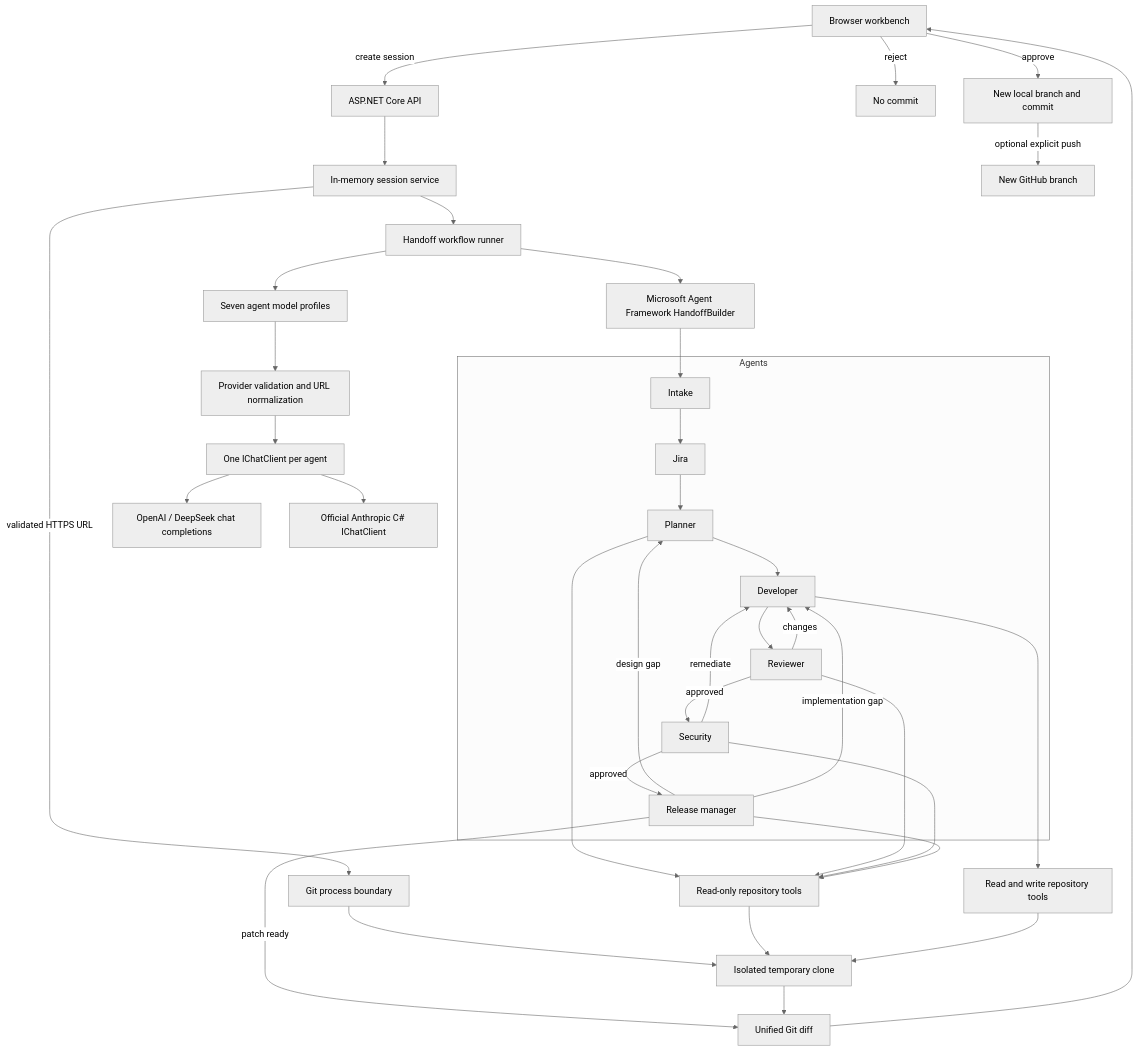
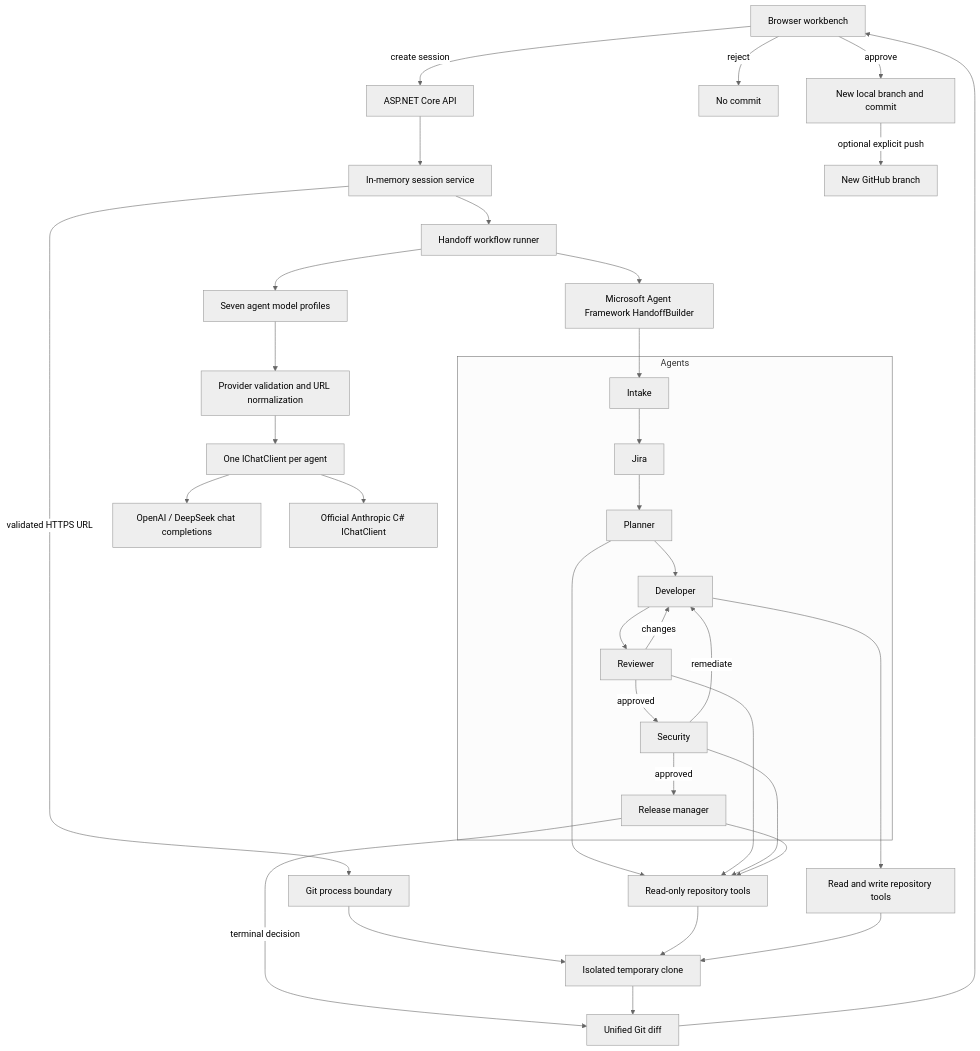
One commit to arash7388/Xbank.DevAgent changed the diagram in CSharp/docs/architecture.md. Above: the diagram before and after it, drawn with Mermaid (neutral theme). The commit also changed 33 other files, not shown here.

````diff
--- a/CSharp/docs/architecture.md
+++ b/CSharp/docs/architecture.md
@@ -3,44 +3,42 @@
 ```mermaid
 flowchart TB
     UI[Browser workbench] -->|create session| API[ASP.NET Core API]
     API --> SS[In-memory session service]
     SS -->|validated HTTPS URL| GIT[Git process boundary]
     GIT --> CLONE[Isolated temporary clone]
 
     SS --> RUN[Handoff workflow runner]
     RUN --> PROFILES[Seven agent model profiles]
     PROFILES --> PROVIDER[Provider validation and URL normalization]
     PROVIDER --> CLIENT[One IChatClient per agent]
     CLIENT --> OPENAI[OpenAI / DeepSeek chat completions]
     CLIENT --> CLAUDE[Official Anthropic C# IChatClient]
     RUN --> FLOW[Microsoft Agent Framework HandoffBuilder]
 
     subgraph Agents
       O[Intake] --> J[Jira]
       J --> P[Planner]
       P --> D[Developer]
       D --> R[Reviewer]
       R -->|changes| D
       R -->|approved| S[Security]
       S -->|remediate| D
       S -->|approved| RM[Release manager]
-      RM -->|design gap| P
-      RM -->|implementation gap| D
     end
 
     FLOW --> O
     P --> READ[Read-only repository tools]
     R --> READ
     S --> READ
     RM --> READ
     D --> EDIT[Read and write repository tools]
     READ --> CLONE
     EDIT --> CLONE
 
-    RM -->|patch ready| DIFF[Unified Git diff]
+    RM -->|terminal decision| DIFF[Unified Git diff]
     CLONE --> DIFF
     DIFF --> UI
     UI -->|reject| REJECT[No commit]
     UI -->|approve| COMMIT[New local branch and commit]
     COMMIT -->|optional explicit push| REMOTE[New GitHub branch]
 ```
````
